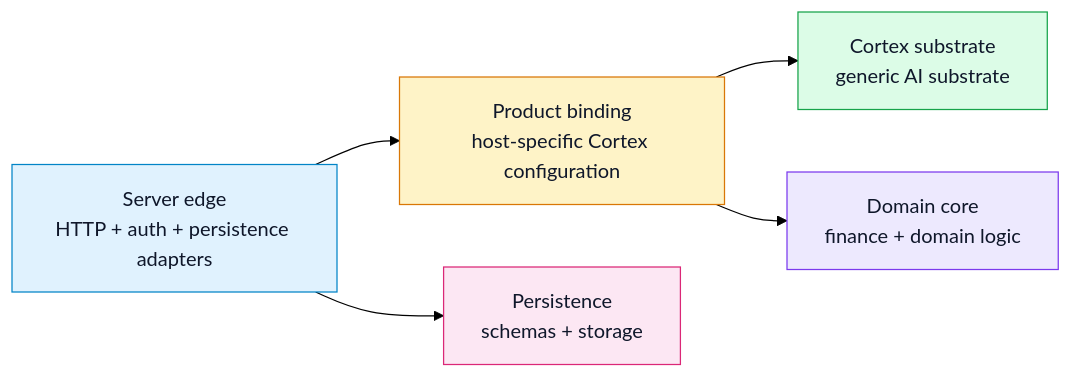
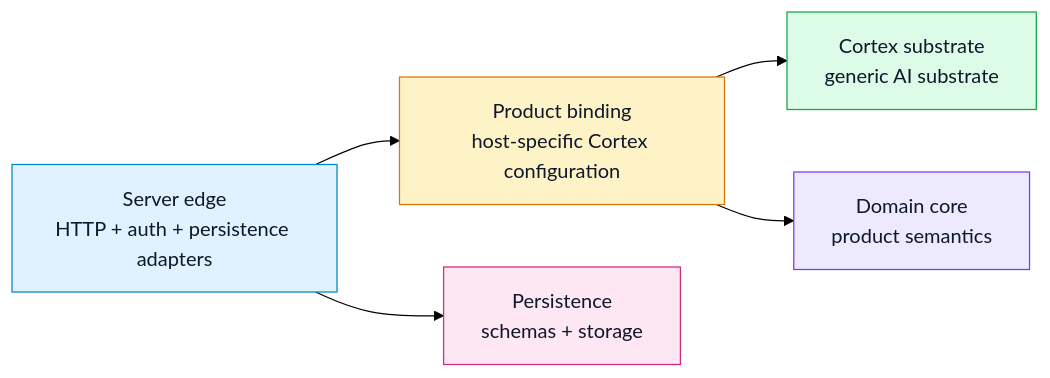
Before and after one commit to Digimuoto/cortex: the diagram in docs/Architecture/02-ownership-and-boundaries.md, drawn with Mermaid (forest theme). The commit also changed other lines of this file and 63 other files, not shown here.

````diff
--- a/docs/Architecture/02-ownership-and-boundaries.md
+++ b/docs/Architecture/02-ownership-and-boundaries.md
@@ -41,14 +40,14 @@
 ```mermaid
 flowchart LR
     S[Server edge<br/>HTTP + auth + persistence adapters] --> C[Product binding<br/>host-specific Cortex configuration]
     C --> X[Cortex substrate<br/>generic AI substrate]
 
-    C --> F[Domain core<br/>finance + domain logic]
+    C --> F[Domain core<br/>product semantics]
     S --> D[Persistence<br/>schemas + storage]
 
     style S fill:#e0f2fe,stroke:#0284c7,color:#0f172a
     style C fill:#fef3c7,stroke:#d97706,color:#0f172a
     style X fill:#dcfce7,stroke:#16a34a,color:#0f172a
     style F fill:#ede9fe,stroke:#7c3aed,color:#0f172a
     style D fill:#fce7f3,stroke:#db2777,color:#0f172a
 ```
````
